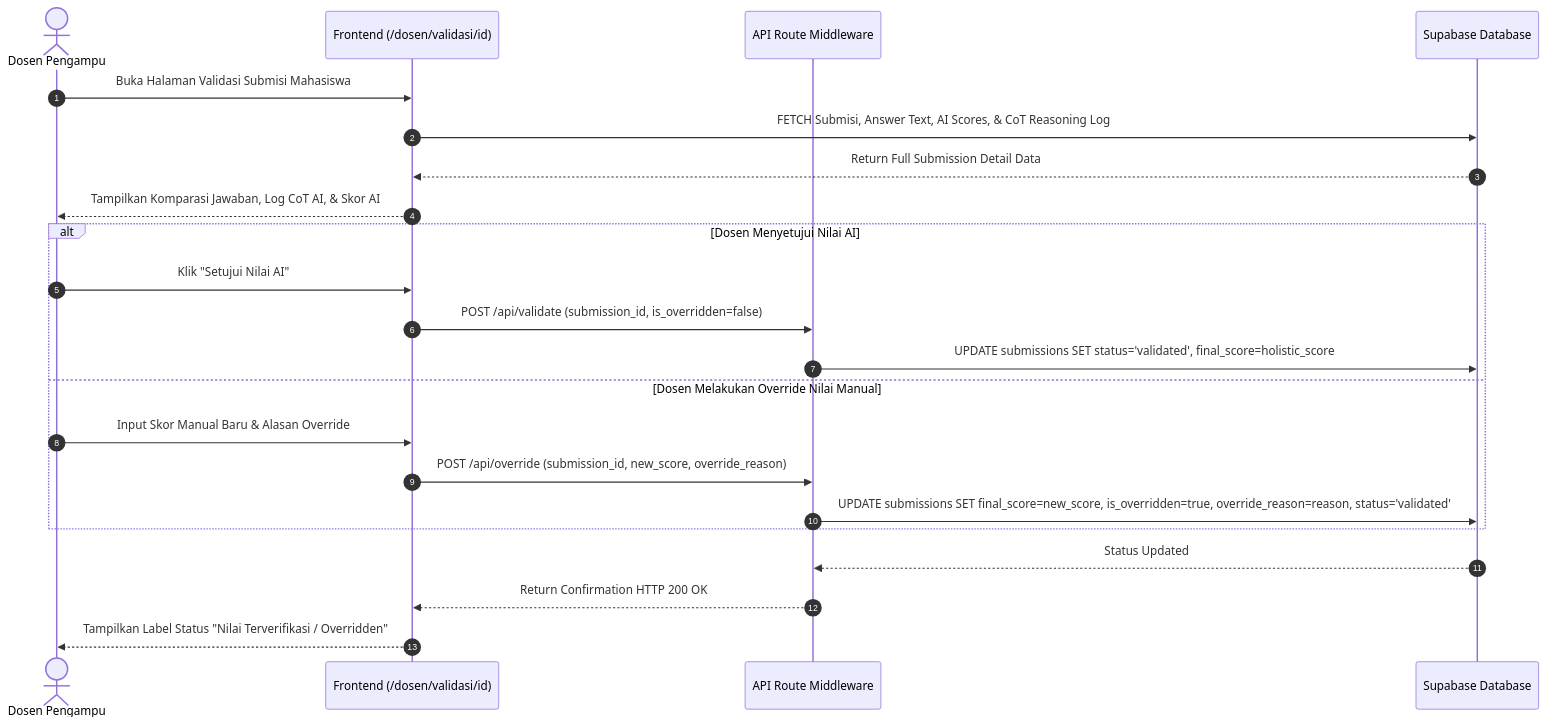
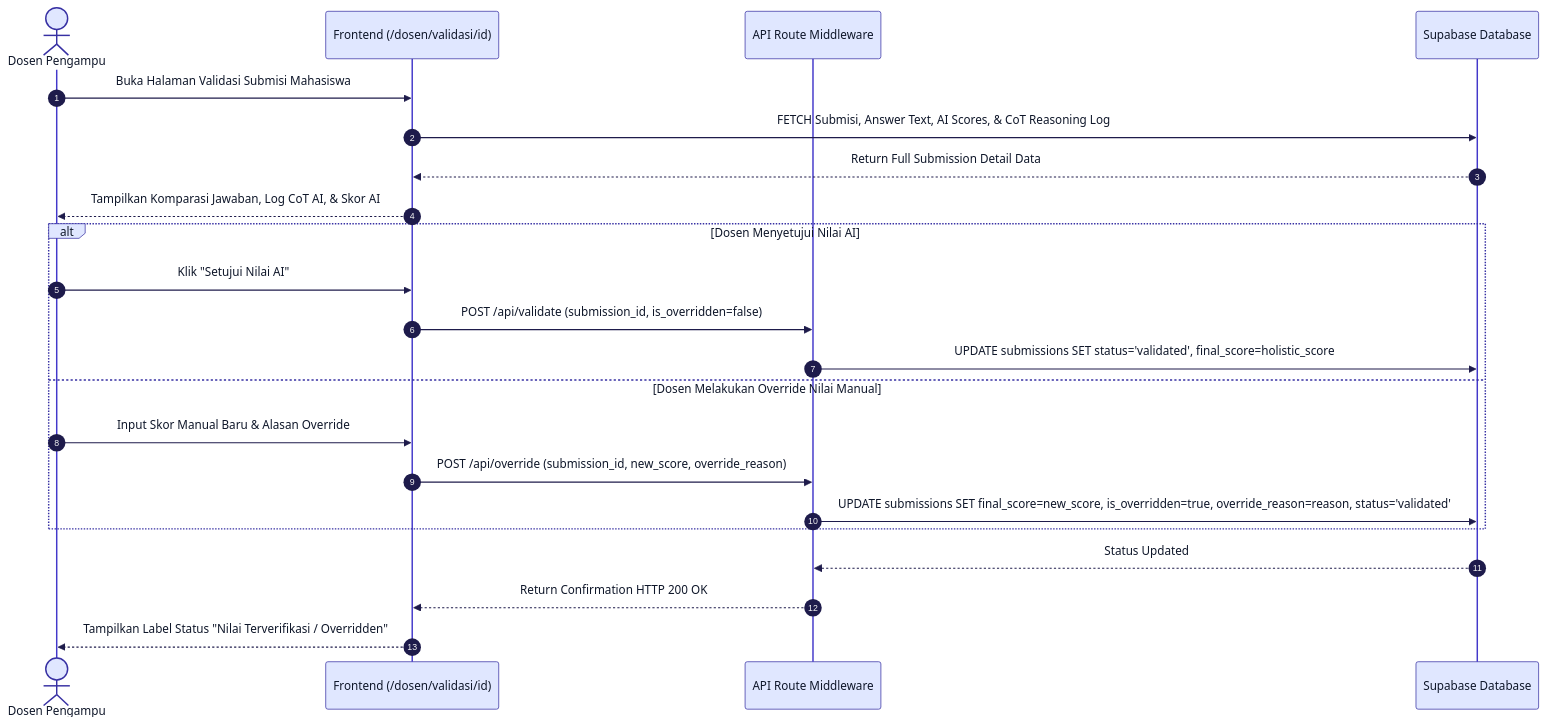
One commit to reyvanpurnama/smart-assistant-lecturer changed the second of 2 diagrams in docs/06_revisi_sidang_akhir/03_UML_USECASE_DAN_3_SEQUENCE_DIAGRAMS_BAB3.md. Above: the diagram before and after it, drawn with Mermaid. The commit also changed other lines of this file and 2 other files, not shown here.

Commit message:
docs: update revisi sidang akhir (Waterfall SDLC, ERD Supabase, UML Use Case, 3 Sequence Diagrams, & High-Res Mermaid styling)

````diff
--- a/docs/06_revisi_sidang_akhir/03_UML_USECASE_DAN_3_SEQUENCE_DIAGRAMS_BAB3.md
+++ b/docs/06_revisi_sidang_akhir/03_UML_USECASE_DAN_3_SEQUENCE_DIAGRAMS_BAB3.md
@@ -129,27 +180,44 @@
 ```mermaid
+%%{init: {
+  'theme': 'base',
+  'themeVariables': {
+    'fontFamily': 'Arial, sans-serif',
+    'fontSize': '18px',
+    'actorFontSize': '18px',
+    'actorFontWeight': 'bold',
+    'noteFontSize': '16px',
+    'messageFontSize': '16px',
+    'actorBkg': '#e0e7ff',
+    'actorBorder': '#3730a3',
+    'actorTextColor': '#0f172a',
+    'actorLineColor': '#4338ca',
+    'signalColor': '#1e1b4b',
+    'signalTextColor': '#0f172a'
+  }
+}}%%
 sequenceDiagram
     autonumber
     actor Dosen as Dosen Pengampu
     participant FE as Frontend (/dosen/validasi/id)
     participant API as API Route Middleware
     participant DB as Supabase Database
 
     Dosen->>FE: Buka Halaman Validasi Submisi Mahasiswa
     FE->>DB: FETCH Submisi, Answer Text, AI Scores, & CoT Reasoning Log
     DB-->>FE: Return Full Submission Detail Data
     FE-->>Dosen: Tampilkan Komparasi Jawaban, Log CoT AI, & Skor AI
     
     alt Dosen Menyetujui Nilai AI
         Dosen->>FE: Klik "Setujui Nilai AI"
         FE->>API: POST /api/validate (submission_id, is_overridden=false)
         API->>DB: UPDATE submissions SET status='validated', final_score=holistic_score
     else Dosen Melakukan Override Nilai Manual
         Dosen->>FE: Input Skor Manual Baru & Alasan Override
         FE->>API: POST /api/override (submission_id, new_score, override_reason)
         API->>DB: UPDATE submissions SET final_score=new_score, is_overridden=true, override_reason=reason, status='validated'
     end
 
     DB-->>API: Status Updated
     API-->>FE: Return Confirmation HTTP 200 OK
     FE-->>Dosen: Tampilkan Label Status "Nilai Terverifikasi / Overridden"
 ```
````
